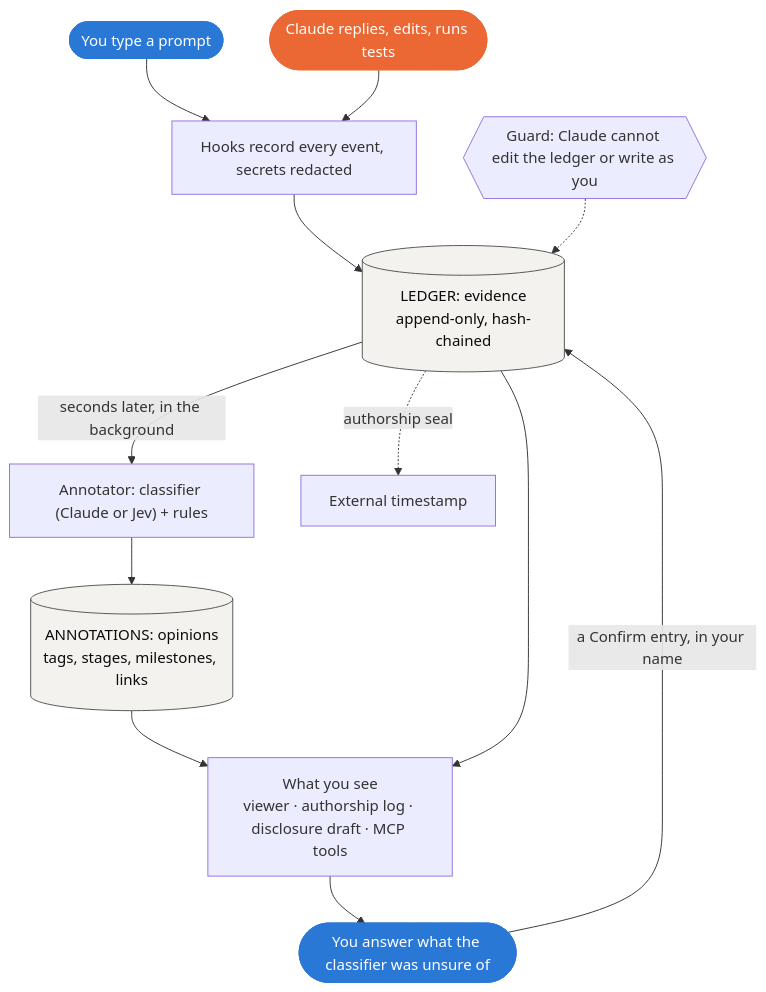
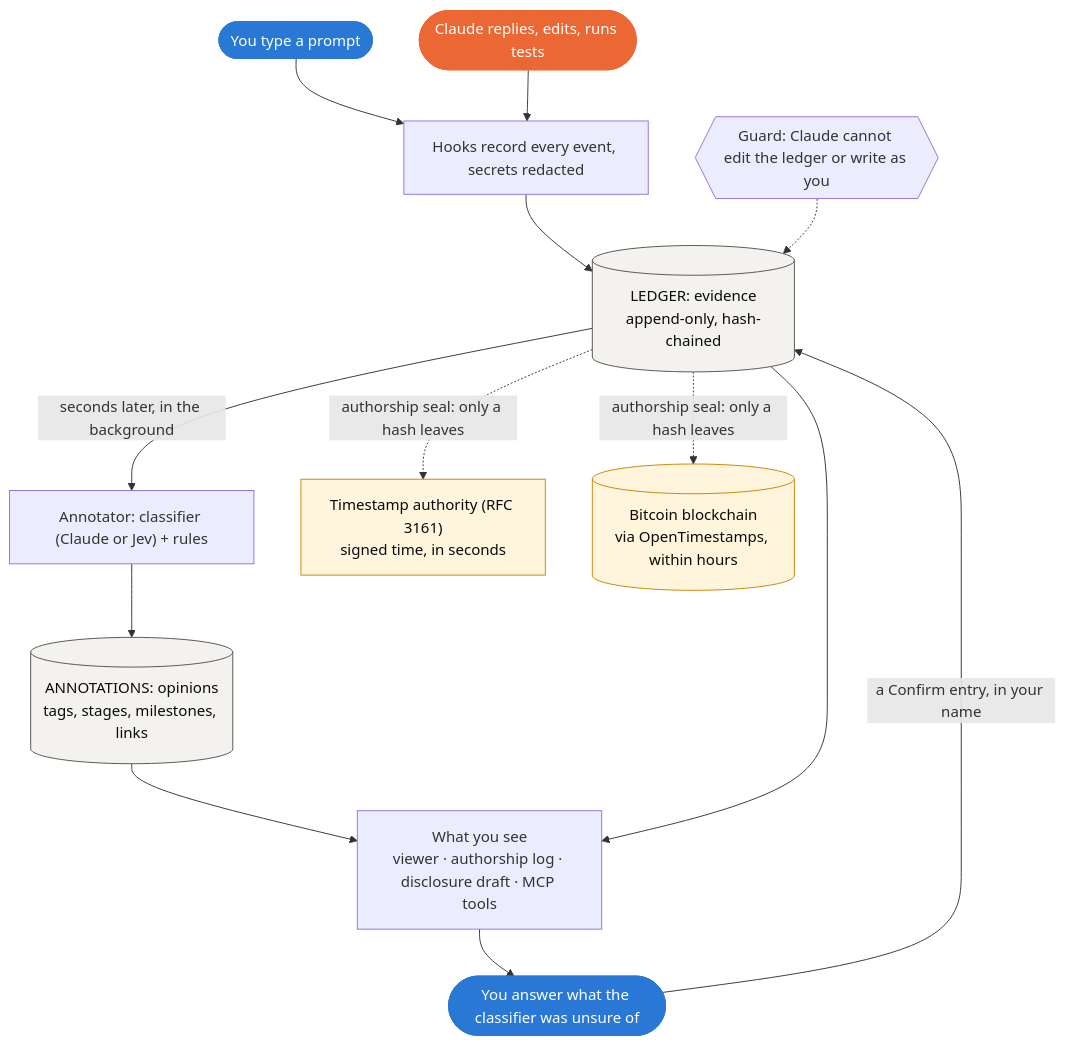
One commit to PedroVela/authorship changed the first of 4 diagrams in README.md. Above: the diagram before and after it, drawn with Mermaid. The commit also changed other lines of this file, not shown here.

First line of the commit message:
README: show where the blockchain comes in

````diff
--- a/README.md
+++ b/README.md
@@ -116,20 +116,23 @@
 ```mermaid
 flowchart TD
   you(["You type a prompt"]) --> hooks
   claude(["Claude replies, edits, runs tests"]) --> hooks
   hooks["Hooks record every event, secrets redacted"] --> ledger
   guard{{"Guard: Claude cannot edit the ledger or write as you"}} -.-> ledger
   ledger[("LEDGER: evidence<br/>append-only, hash-chained")] -- "seconds later, in the background" --> annot
   annot["Annotator: classifier (Claude or Jev) + rules"] --> ann[("ANNOTATIONS: opinions<br/>tags, stages, milestones, links")]
   ann --> views["What you see<br/>viewer · authorship log · disclosure draft · MCP tools"]
   ledger --> views
   views --> review(["You answer what the classifier was unsure of"])
   review -- "a Confirm entry, in your name" --> ledger
-  ledger -. "authorship seal" .-> ts["External timestamp"]
+  ledger -. "authorship seal: only a hash leaves" .-> tsa["Timestamp authority (RFC 3161)<br/>signed time, in seconds"]
+  ledger -. "authorship seal: only a hash leaves" .-> btc[("Bitcoin blockchain<br/>via OpenTimestamps, within hours")]
   classDef store fill:#f3f2ee,stroke:#52514e,color:#0b0b0b
   classDef person fill:#2a78d6,stroke:#2a78d6,color:#fff
   classDef ai fill:#eb6834,stroke:#eb6834,color:#fff
   class ledger,ann store
   class you,review person
   class claude ai
+  classDef chain fill:#fff4dc,stroke:#c98500,color:#0b0b0b
+  class btc,tsa chain
 ```
````
